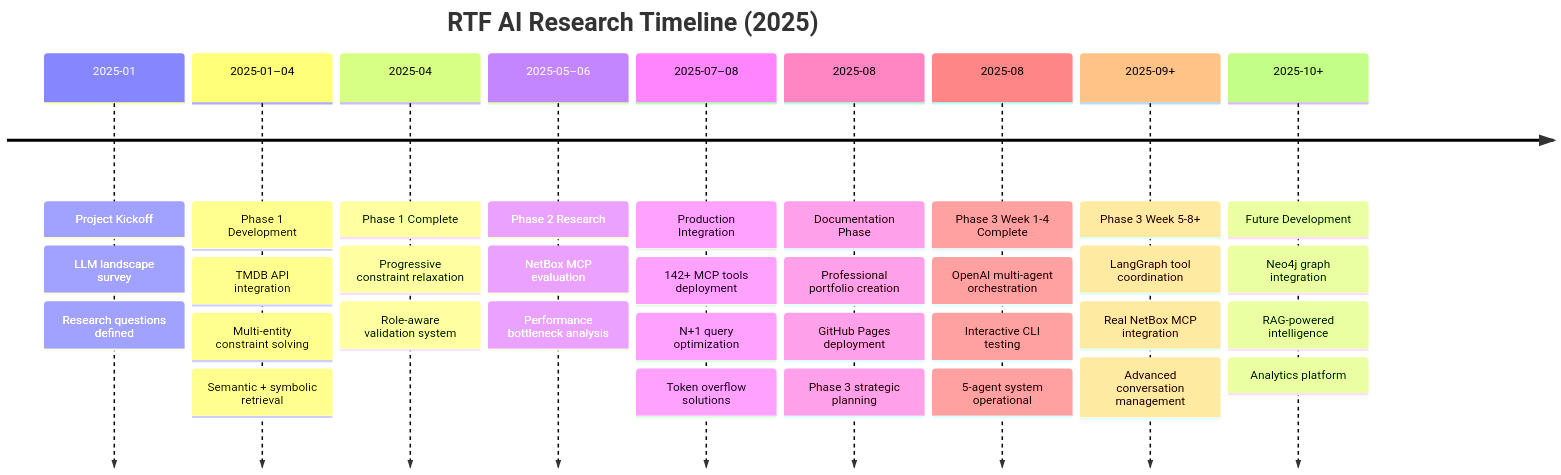
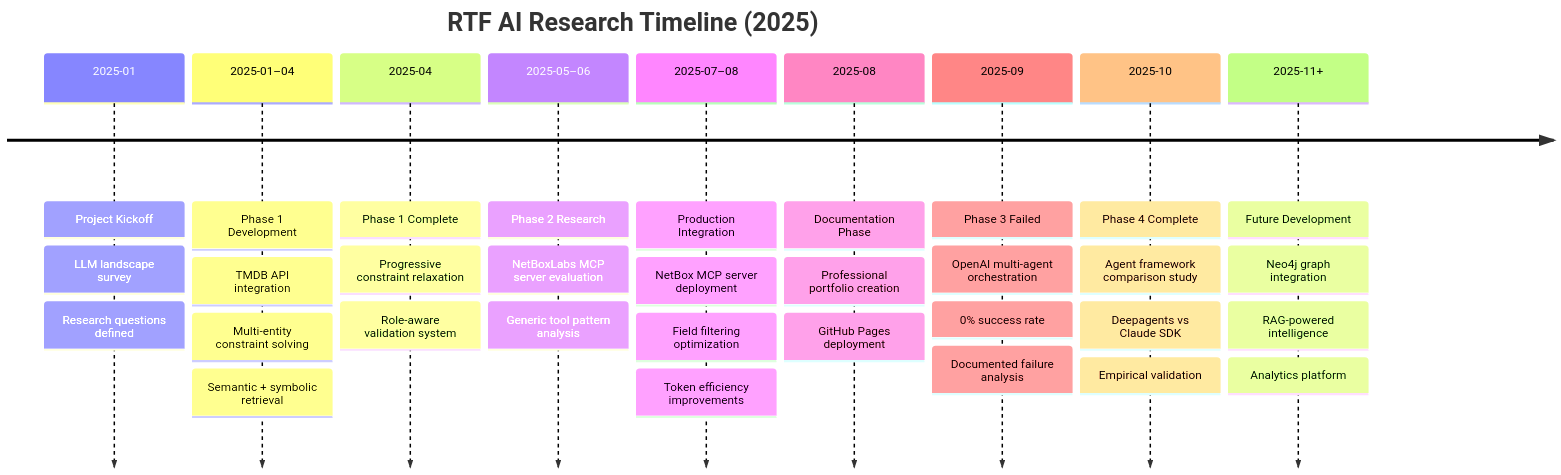
One commit to FinnMacCumail/rtf-research changed the first of 2 diagrams in docs/index.md. Above: the diagram before and after it, drawn with Mermaid. The commit also changed other lines of this file and 21 other files, not shown here.

First line of the commit message:
📝 docs: Update Phase 2 to NetBoxLabs MCP server and complete Phase 4 framework comparison

````diff
--- a/docs/index.md
+++ b/docs/index.md
@@ -28,13 +30,13 @@
 ```mermaid
 timeline
     title RTF AI Research Timeline (2025)
     2025-01 : Project Kickoff : LLM landscape survey : Research questions defined
     2025-01–04 : Phase 1 Development : TMDB API integration : Multi-entity constraint solving : Semantic + symbolic retrieval
     2025-04 : Phase 1 Complete : Progressive constraint relaxation : Role-aware validation system
-    2025-05–06 : Phase 2 Research : NetBox MCP evaluation : Performance bottleneck analysis
-    2025-07–08 : Production Integration : 142+ MCP tools deployment : N+1 query optimization : Token overflow solutions
-    2025-08 : Documentation Phase : Professional portfolio creation : GitHub Pages deployment : Phase 3 strategic planning
-    2025-08 : Phase 3 Week 1-4 Complete : OpenAI multi-agent orchestration : Interactive CLI testing : 5-agent system operational
-    2025-09+ : Phase 3 Week 5-8+ : LangGraph tool coordination : Real NetBox MCP integration : Advanced conversation management
-    2025-10+ : Future Development : Neo4j graph integration : RAG-powered intelligence : Analytics platform
+    2025-05–06 : Phase 2 Research : NetBoxLabs MCP server evaluation : Generic tool pattern analysis
+    2025-07–08 : Production Integration : NetBox MCP server deployment : Field filtering optimization : Token efficiency improvements
+    2025-08 : Documentation Phase : Professional portfolio creation : GitHub Pages deployment
+    2025-09 : Phase 3 Failed : OpenAI multi-agent orchestration : 0% success rate : Documented failure analysis
+    2025-10 : Phase 4 Complete : Agent framework comparison study : Deepagents vs Claude SDK : Empirical validation
+    2025-11+ : Future Development : Neo4j graph integration : RAG-powered intelligence : Analytics platform
 ```
````
